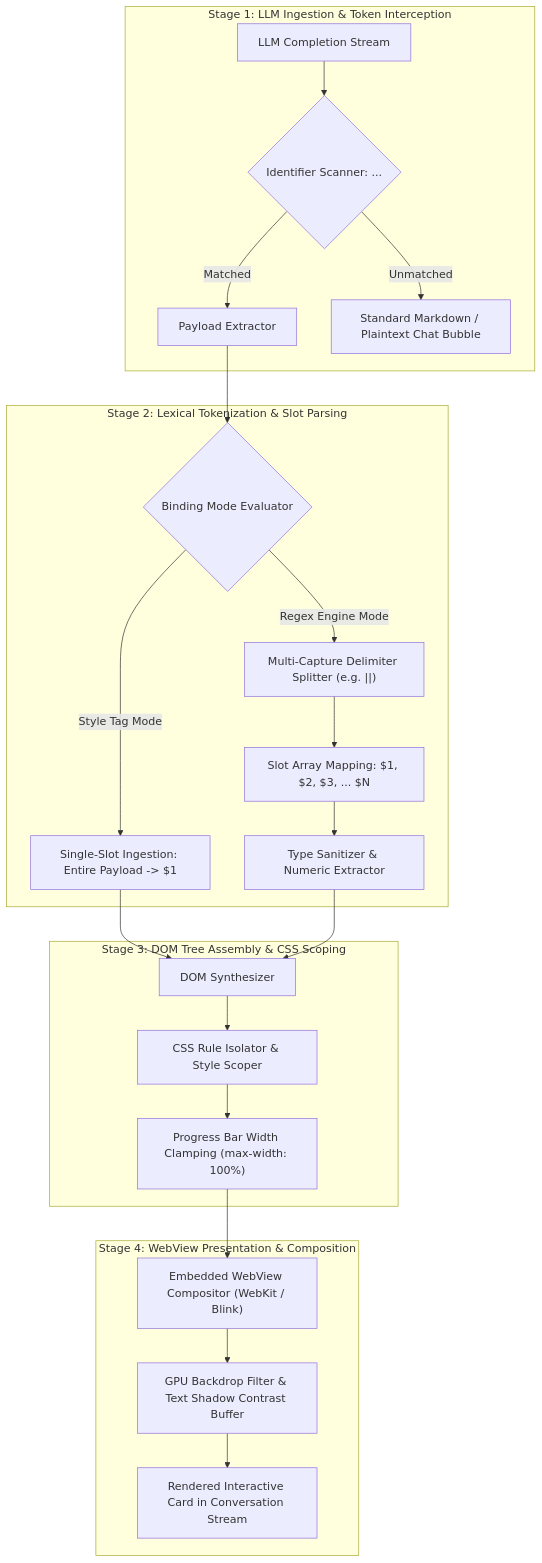
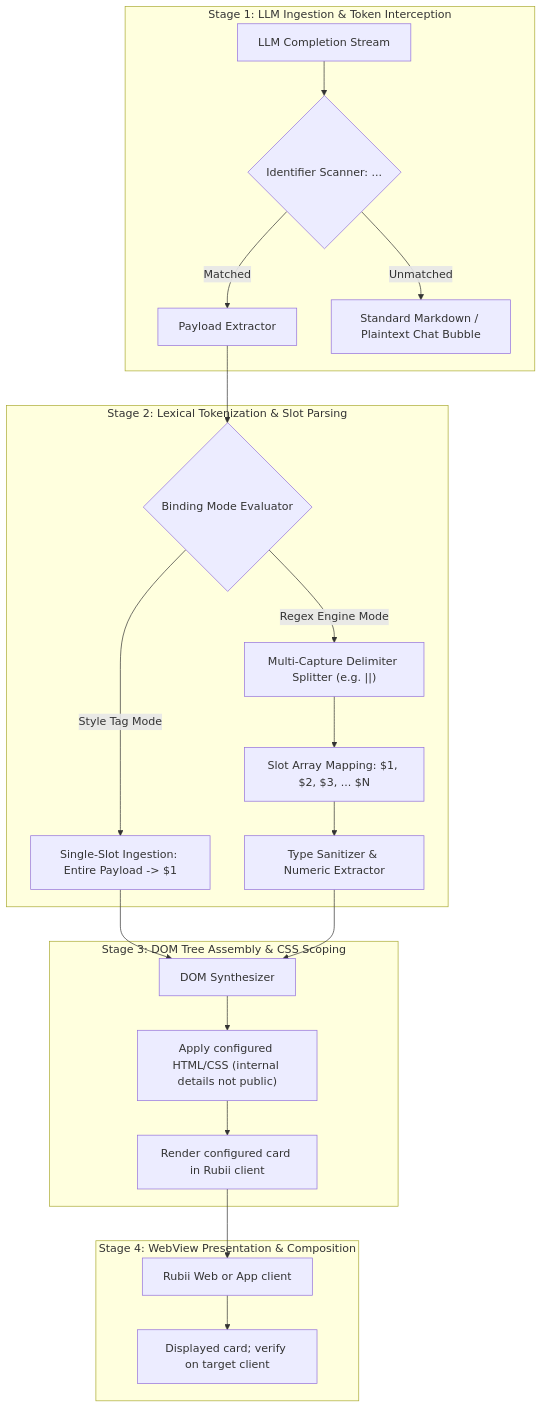
Before and after one commit to jadesolju/Snippet-Studio: the first of 6 diagrams in RUBII_CORE_ARCHITECTURE_AND_CSS_ENGINEERING.md, drawn with Mermaid. The commit also changed other lines of this file and 8 other files, not shown here.

````diff
--- a/RUBII_CORE_ARCHITECTURE_AND_CSS_ENGINEERING.md
+++ b/RUBII_CORE_ARCHITECTURE_AND_CSS_ENGINEERING.md
@@ -31,29 +35,28 @@
 ```mermaid
 flowchart TD
     subgraph Stage1["Stage 1: LLM Ingestion & Token Interception"]
         A1["LLM Completion Stream"] --> A2{"Identifier Scanner: <tag>...</tag>"}
         A2 -->|"Matched"| A3["Payload Extractor"]
         A2 -->|"Unmatched"| A4["Standard Markdown / Plaintext Chat Bubble"]
     end
 
     subgraph Stage2["Stage 2: Lexical Tokenization & Slot Parsing"]
         A3 --> B1{"Binding Mode Evaluator"}
         B1 -->|"Style Tag Mode"| B2["Single-Slot Ingestion: Entire Payload -> $1"]
         B1 -->|"Regex Engine Mode"| B3["Multi-Capture Delimiter Splitter (e.g. ||)"]
         B3 --> B4["Slot Array Mapping: $1, $2, $3, ... $N"]
         B4 --> B5["Type Sanitizer & Numeric Extractor"]
     end
 
     subgraph Stage3["Stage 3: DOM Tree Assembly & CSS Scoping"]
         B2 --> C1["DOM Synthesizer"]
         B5 --> C1
-        C1 --> C2["CSS Rule Isolator & Style Scoper"]
-        C2 --> C3["Progress Bar Width Clamping (max-width: 100%)"]
+        C1 --> C2["Apply configured HTML/CSS (internal details not public)"]
+        C2 --> C3["Render configured card in Rubii client"]
     end
 
     subgraph Stage4["Stage 4: WebView Presentation & Composition"]
-        C3 --> D1["Embedded WebView Compositor (WebKit / Blink)"]
-        D1 --> D2["GPU Backdrop Filter & Text Shadow Contrast Buffer"]
-        D2 --> D3["Rendered Interactive Card in Conversation Stream"]
+        C3 --> D1["Rubii Web or App client"]
+        D1 --> D2["Displayed card; verify on target client"]
     end
 ```
````
